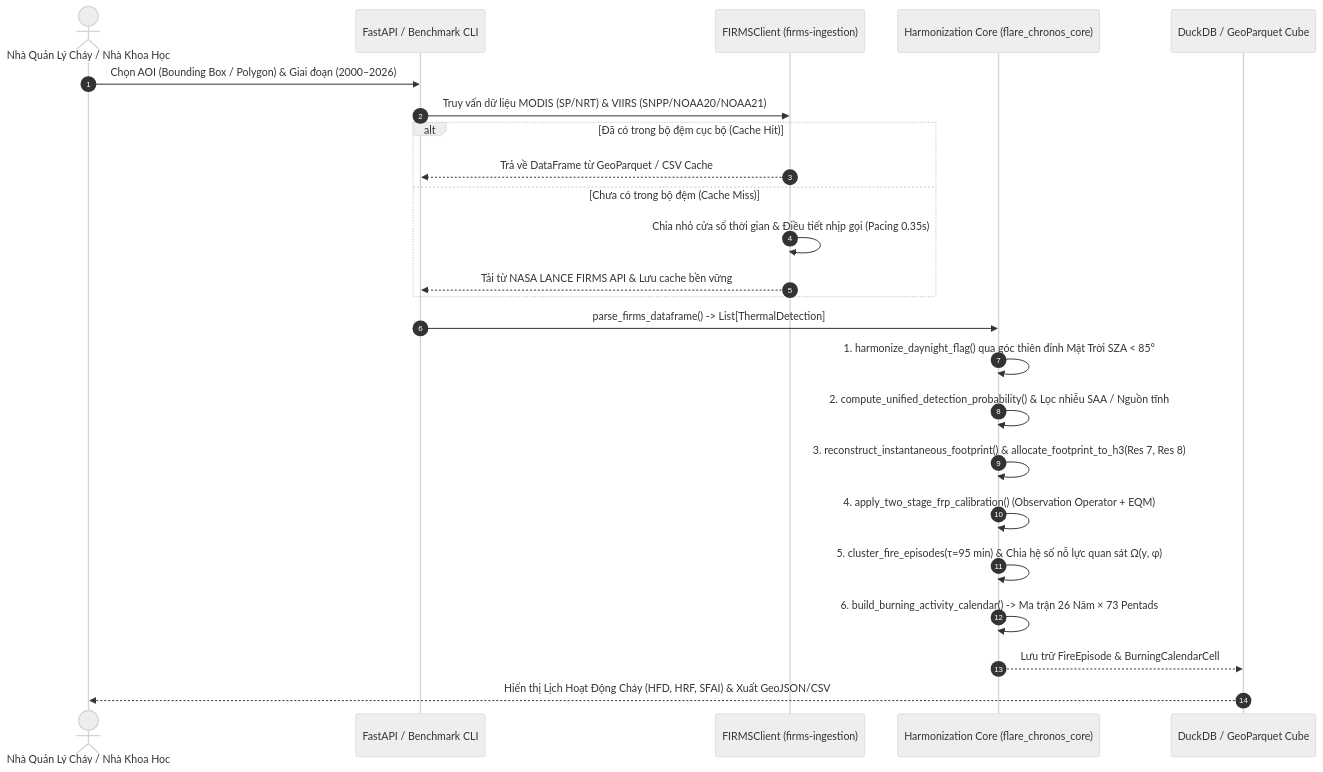
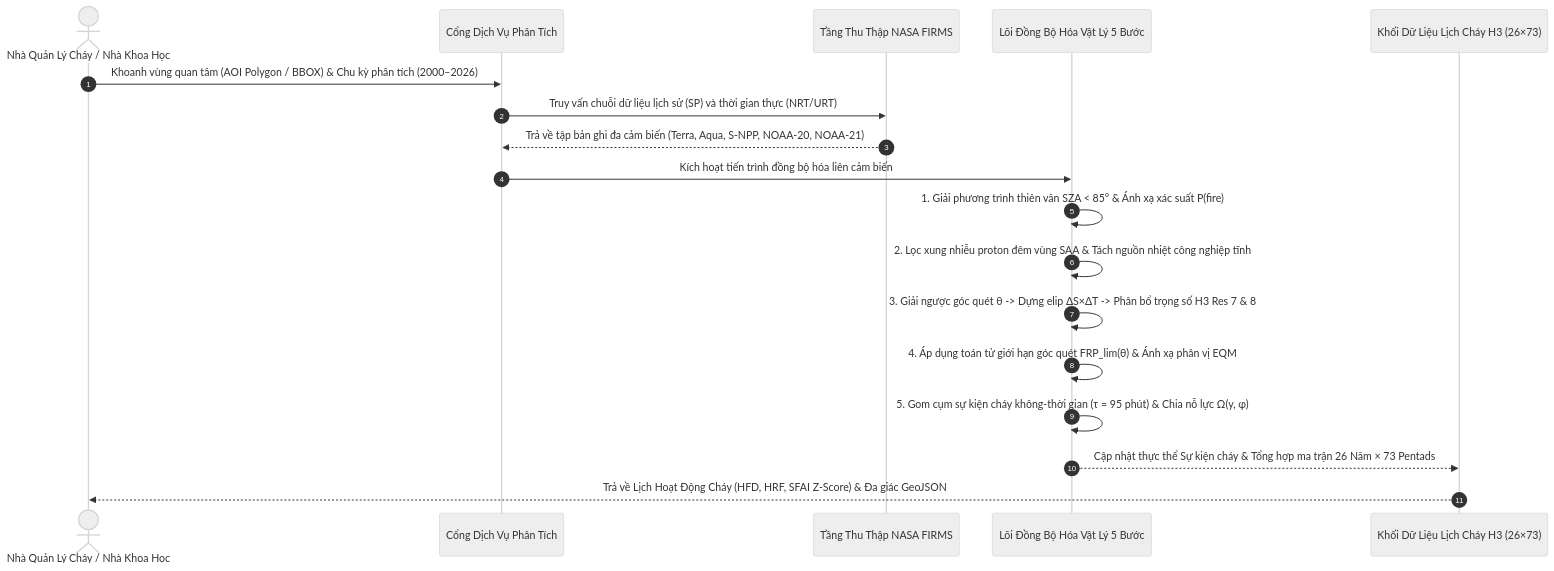
One commit to the-aris-club/flare-chronos changed the second of 2 diagrams in exports/PROPOSAL.md. Above: the diagram before and after it, drawn with Mermaid (neutral theme). The commit also changed other lines of this file and 9 other files, not shown here.

````diff
--- a/exports/PROPOSAL.md
+++ b/exports/PROPOSAL.md
@@ -212,28 +115,21 @@
 ```mermaid
 sequenceDiagram
     autonumber
     actor User as Nhà Quản Lý Cháy / Nhà Khoa Học
-    participant API as FastAPI / Benchmark CLI
-    participant Ingest as FIRMSClient (firms-ingestion)
-    participant Core as Harmonization Core (flare_chronos_core)
-    participant DB as DuckDB / GeoParquet Cube
+    participant Gateway as Cổng Dịch Vụ Phân Tích
+    participant Ingestion as Tầng Thu Thập NASA FIRMS
+    participant Engine as Lõi Đồng Bộ Hóa Vật Lý 5 Bước
+    participant Cube as Khối Dữ Liệu Lịch Cháy H3 (26×73)
 
-    User->>API: Chọn AOI (Bounding Box / Polygon) & Giai đoạn (2000–2026)
-    API->>Ingest: Truy vấn dữ liệu MODIS (SP/NRT) & VIIRS (SNPP/NOAA20/NOAA21)
-    alt Đã có trong bộ đệm cục bộ (Cache Hit)
-        Ingest-->>API: Trả về DataFrame từ GeoParquet / CSV Cache
-    else Chưa có trong bộ đệm (Cache Miss)
-        Ingest->>Ingest: Chia nhỏ cửa sổ thời gian & Điều tiết nhịp gọi (Pacing 0.35s)
-        Ingest-->>API: Tải từ NASA LANCE FIRMS API & Lưu cache bền vững
-    end
-
-    API->>Core: parse_firms_dataframe() -> List[ThermalDetection]
-    Core->>Core: 1. harmonize_daynight_flag() qua góc thiên đỉnh Mặt Trời SZA < 85°
-    Core->>Core: 2. compute_unified_detection_probability() & Lọc nhiễu SAA / Nguồn tĩnh
-    Core->>Core: 3. reconstruct_instantaneous_footprint() & allocate_footprint_to_h3(Res 7, Res 8)
-    Core->>Core: 4. apply_two_stage_frp_calibration() (Observation Operator + EQM)
-    Core->>Core: 5. cluster_fire_episodes(τ=95 min) & Chia hệ số nỗ lực quan sát Ω(y, φ)
-    Core->>Core: 6. build_burning_activity_calendar() -> Ma trận 26 Năm × 73 Pentads
-    Core-->>DB: Lưu trữ FireEpisode & BurningCalendarCell
-    DB-->>User: Hiển thị Lịch Hoạt Động Cháy (HFD, HRF, SFAI) & Xuất GeoJSON/CSV
+    User->>Gateway: Khoanh vùng quan tâm (AOI Polygon / BBOX) & Chu kỳ phân tích (2000–2026)
+    Gateway->>Ingestion: Truy vấn chuỗi dữ liệu lịch sử (SP) và thời gian thực (NRT/URT)
+    Ingestion-->>Gateway: Trả về tập bản ghi đa cảm biến (Terra, Aqua, S-NPP, NOAA-20, NOAA-21)
+    Gateway->>Engine: Kích hoạt tiến trình đồng bộ hóa liên cảm biến
+    Engine->>Engine: 1. Giải phương trình thiên văn SZA < 85° & Ánh xạ xác suất P(fire)
+    Engine->>Engine: 2. Lọc xung nhiễu proton đêm vùng SAA & Tách nguồn nhiệt công nghiệp tĩnh
+    Engine->>Engine: 3. Giải ngược góc quét θ -> Dựng elip ΔS×ΔT -> Phân bổ trọng số H3 Res 7 & 8
+    Engine->>Engine: 4. Áp dụng toán tử giới hạn góc quét FRP_lim(θ) & Ánh xạ phân vị EQM
+    Engine->>Engine: 5. Gom cụm sự kiện cháy không-thời gian (τ = 95 phút) & Chia nỗ lực Ω(y, φ)
+    Engine-->>Cube: Cập nhật thực thể Sự kiện cháy & Tổng hợp ma trận 26 Năm × 73 Pentads
+    Cube-->>User: Trả về Lịch Hoạt Động Cháy (HFD, HRF, SFAI Z-Score) & Đa giác GeoJSON
 ```
````
